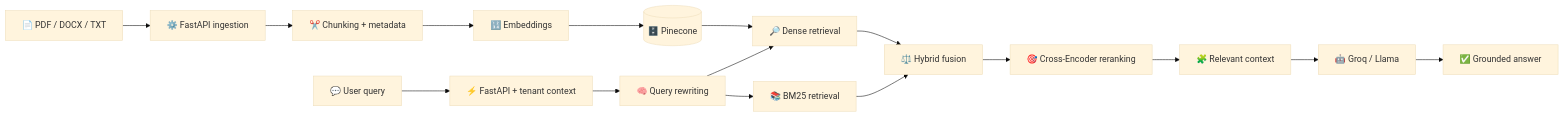
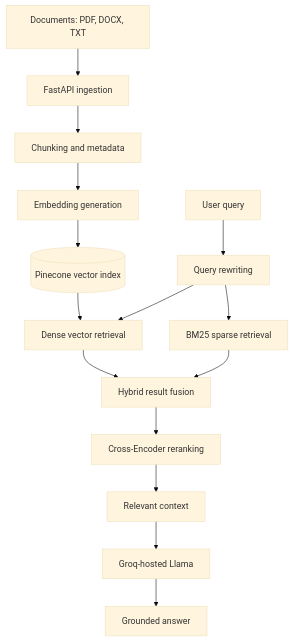
One commit to Durgam-vamshi/Durgam-vamshi changed the first of 3 diagrams in README.md. Above: the diagram before and after it, drawn with Mermaid (base theme). The commit also changed other lines of this file, not shown here.

````diff
--- a/README.md
+++ b/README.md
@@ -26,19 +44,18 @@
 ```mermaid
-flowchart LR
-    A["📄 PDF / DOCX / TXT"] --> B["⚙️ FastAPI ingestion"]
-    B --> C["✂️ Chunking + metadata"]
-    C --> D["🔢 Embeddings"]
-    D --> V[("🗄️ Pinecone")]
+flowchart TD
+    A[Documents: PDF, DOCX, TXT] --> B[FastAPI ingestion]
+    B --> C[Chunking and metadata]
+    C --> D[Embedding generation]
+    D --> E[(Pinecone vector index)]
 
-    Q["💬 User query"] --> API["⚡ FastAPI + tenant context"]
-    API --> R["🧠 Query rewriting"]
-    R --> DS["🔎 Dense retrieval"]
-    R --> BM["📚 BM25 retrieval"]
-    V --> DS
-    DS --> F["⚖️ Hybrid fusion"]
-    BM --> F
-    F --> CE["🎯 Cross-Encoder reranking"]
-    CE --> CTX["🧩 Relevant context"]
-    CTX --> LLM["🤖 Groq / Llama"]
-    LLM --> OUT["✅ Grounded answer"]
+    Q[User query] --> R[Query rewriting]
+    R --> S[Dense vector retrieval]
+    R --> T[BM25 sparse retrieval]
+    E --> S
+    S --> U[Hybrid result fusion]
+    T --> U
+    U --> V[Cross-Encoder reranking]
+    V --> W[Relevant context]
+    W --> X[Groq-hosted Llama]
+    X --> Y[Grounded answer]
 ```
````
